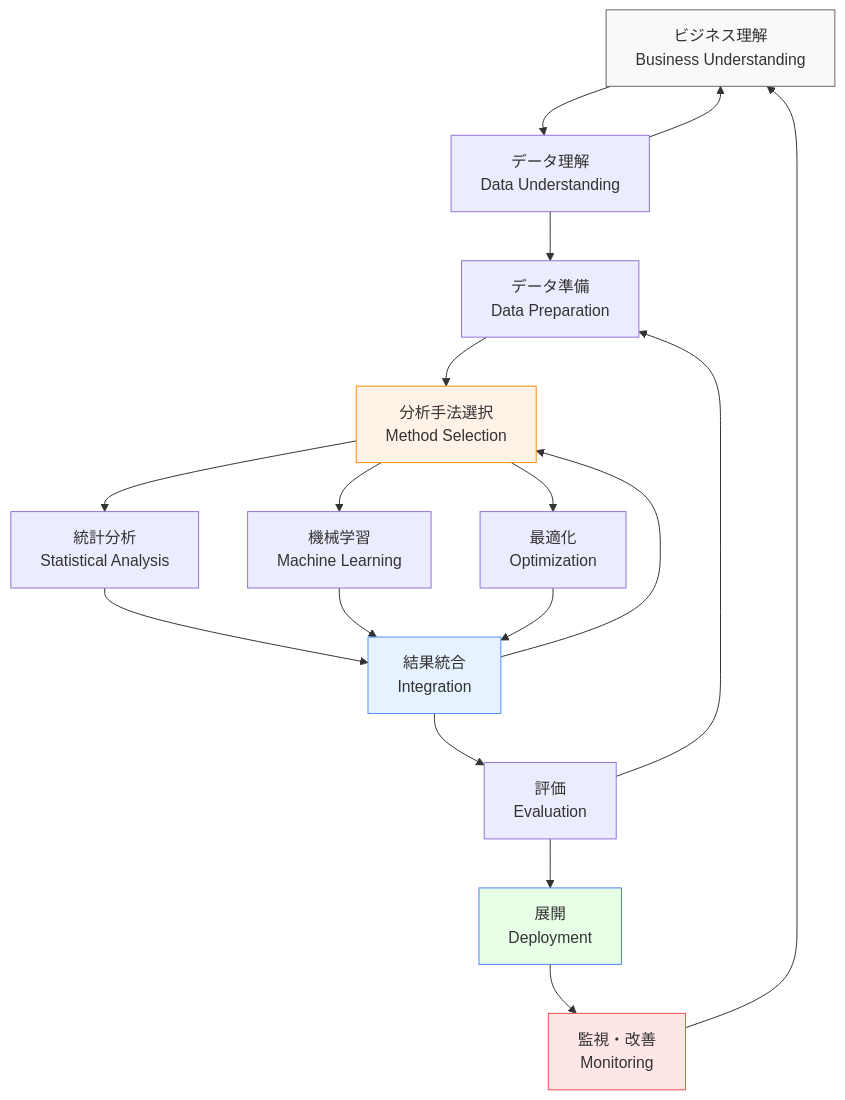
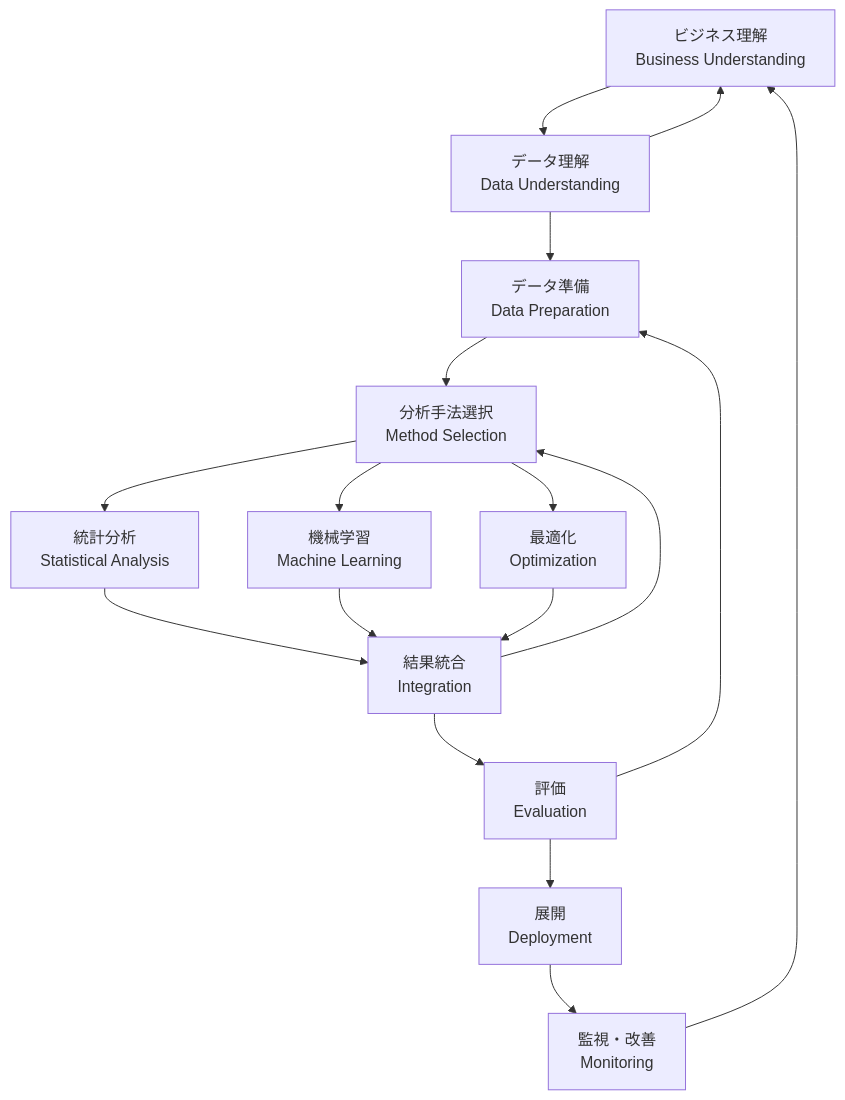
Before and after one commit to shuji-bonji/Situational-Awareness-and-Decision-Making: the third of 5 diagrams in docs/decision-making-guide/data-driven-decisions.md, drawn with Mermaid. The commit also changed other lines of this file and 49 other files, not shown here.

Commit message:
fix: ダークモードで見づらい図の色の変更

````diff
--- a/docs/decision-making-guide/data-driven-decisions.md
+++ b/docs/decision-making-guide/data-driven-decisions.md
@@ -112,29 +112,29 @@
 ```mermaid
 graph TD
     A[ビジネス理解<br/>Business Understanding] --> B[データ理解<br/>Data Understanding]
     B --> C[データ準備<br/>Data Preparation]
     C --> D[分析手法選択<br/>Method Selection]
     
     D --> E1[統計分析<br/>Statistical Analysis]
     D --> E2[機械学習<br/>Machine Learning]
     D --> E3[最適化<br/>Optimization]
     
     E1 --> F[結果統合<br/>Integration]
     E2 --> F
     E3 --> F
     
     F --> G[評価<br/>Evaluation]
     G --> H[展開<br/>Deployment]
     H --> I[監視・改善<br/>Monitoring]
     
     I --> A
     G --> C
     F --> D
     B --> A
     
-    style A fill:#f9f9f9,stroke:#666
-    style D fill:#fff2e6,stroke:#ff8c00
-    style F fill:#e6f2ff,stroke:#4d94ff
-    style H fill:#e6ffe6,stroke:#4d7fff
-    style I fill:#ffe6e6,stroke:#ff4d4d
+
+
+
+
+
 ```
````
